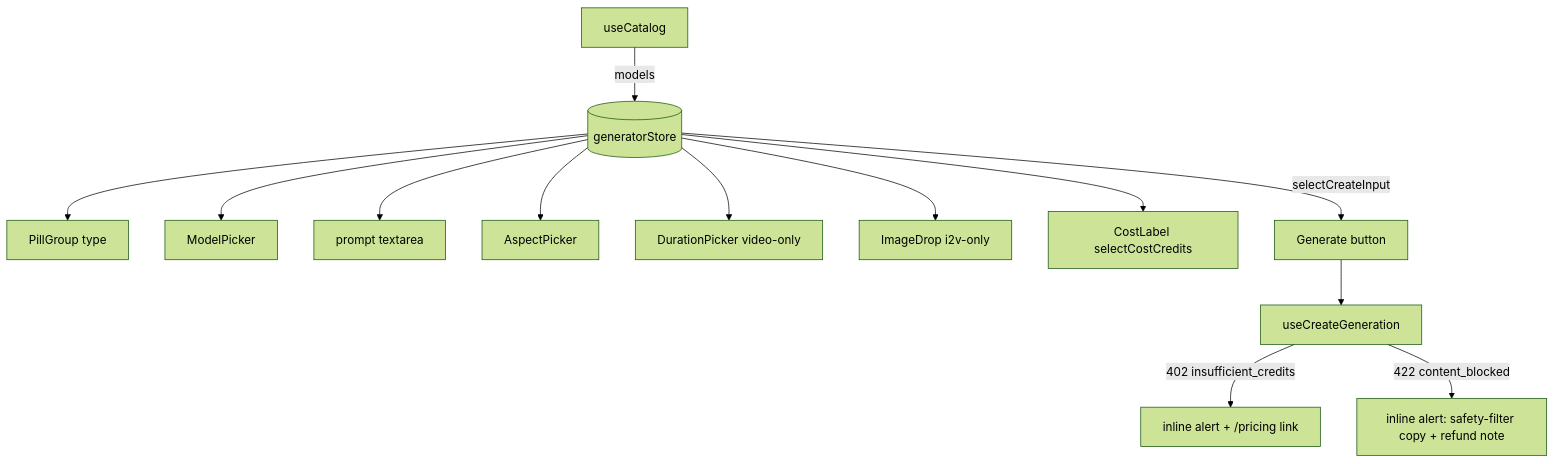
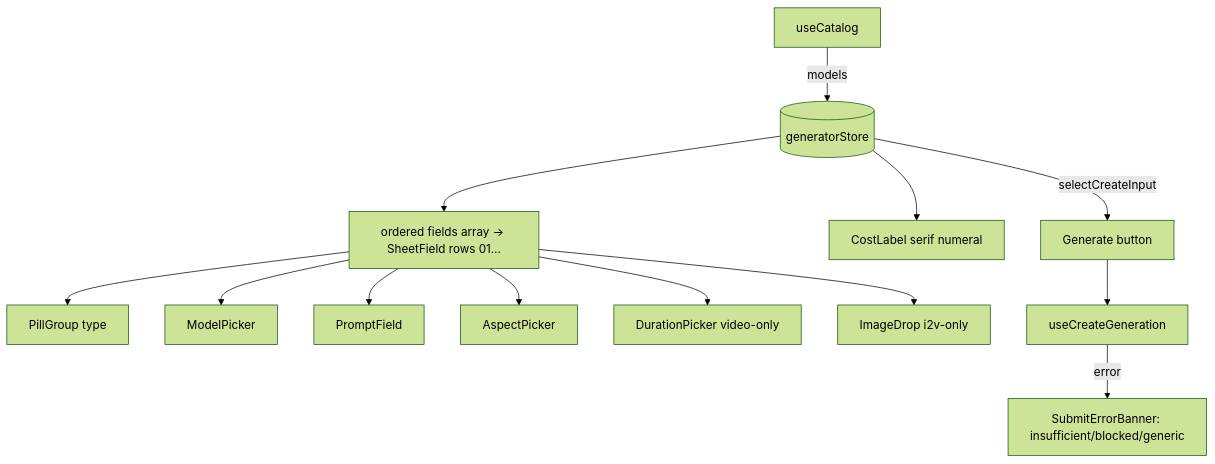
The diagram in apps/web/src/modules/Generator/components/GeneratorPanel.tsx.md (AzamatRaimbekov2/openCreate), drawn with Mermaid (forest theme) before and after one commit. The commit also changed other lines of this file and 40 other files, not shown here.

````diff
--- a/apps/web/src/modules/Generator/components/GeneratorPanel.tsx.md
+++ b/apps/web/src/modules/Generator/components/GeneratorPanel.tsx.md
@@ -34,10 +39,10 @@
 ```mermaid
 flowchart TD
   UC[useCatalog] -->|models| ST[(generatorStore)]
-  ST --> TT[PillGroup type] & MP[ModelPicker] & PR[prompt textarea] & AP[AspectPicker] & DP[DurationPicker video-only] & ID[ImageDrop i2v-only]
-  ST --> CL[CostLabel selectCostCredits]
+  ST --> FLD[ordered fields array → SheetField rows 01…]
+  FLD --> TT[PillGroup type] & MP[ModelPicker] & PR[PromptField] & AP[AspectPicker] & DP[DurationPicker video-only] & ID[ImageDrop i2v-only]
+  ST --> CL[CostLabel serif numeral]
   ST -->|selectCreateInput| SUB[Generate button]
   SUB --> M[useCreateGeneration]
-  M -->|402 insufficient_credits| BAN[inline alert + /pricing link]
-  M -->|422 content_blocked| SB[inline alert: safety-filter copy + refund note]
+  M -->|error| SEB[SubmitErrorBanner: insufficient/blocked/generic]
 ```
````
